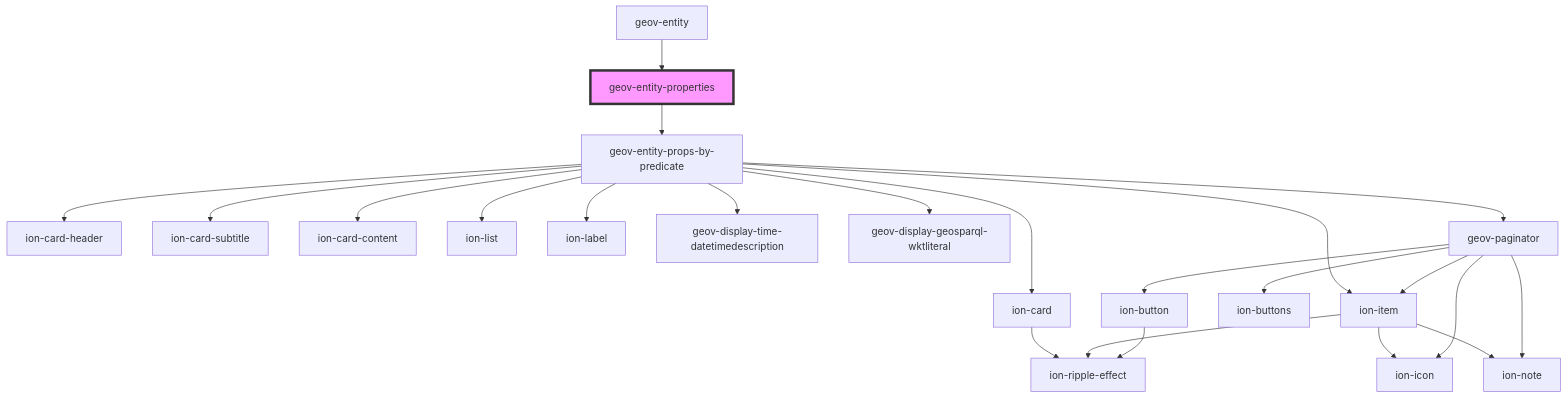
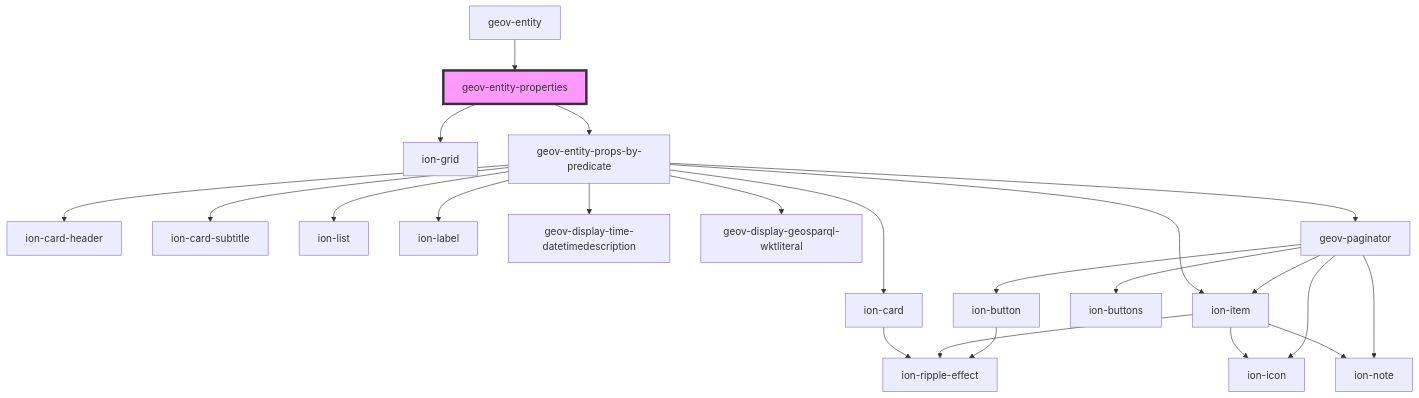
Before and after one commit to geovistory/design-system: the diagram in packages/design-system-web/src/components/geov-entity-properties/readme.md, drawn with Mermaid. The commit also changed other lines of this file and 5 other files, not shown here.

````diff
--- a/packages/design-system-web/src/components/geov-entity-properties/readme.md
+++ b/packages/design-system-web/src/components/geov-entity-properties/readme.md
@@ -48,26 +57,26 @@
 ```mermaid
 graph TD;
+  geov-entity-properties --> ion-grid
   geov-entity-properties --> geov-entity-props-by-predicate
   geov-entity-props-by-predicate --> ion-card
   geov-entity-props-by-predicate --> ion-card-header
   geov-entity-props-by-predicate --> ion-card-subtitle
-  geov-entity-props-by-predicate --> ion-card-content
   geov-entity-props-by-predicate --> ion-list
   geov-entity-props-by-predicate --> ion-item
   geov-entity-props-by-predicate --> ion-label
   geov-entity-props-by-predicate --> geov-display-time-datetimedescription
   geov-entity-props-by-predicate --> geov-display-geosparql-wktliteral
   geov-entity-props-by-predicate --> geov-paginator
   ion-card --> ion-ripple-effect
   ion-item --> ion-icon
   ion-item --> ion-ripple-effect
   ion-item --> ion-note
   geov-paginator --> ion-item
   geov-paginator --> ion-note
   geov-paginator --> ion-buttons
   geov-paginator --> ion-button
   geov-paginator --> ion-icon
   ion-button --> ion-ripple-effect
   geov-entity --> geov-entity-properties
   style geov-entity-properties fill:#f9f,stroke:#333,stroke-width:4px
 ```
````
